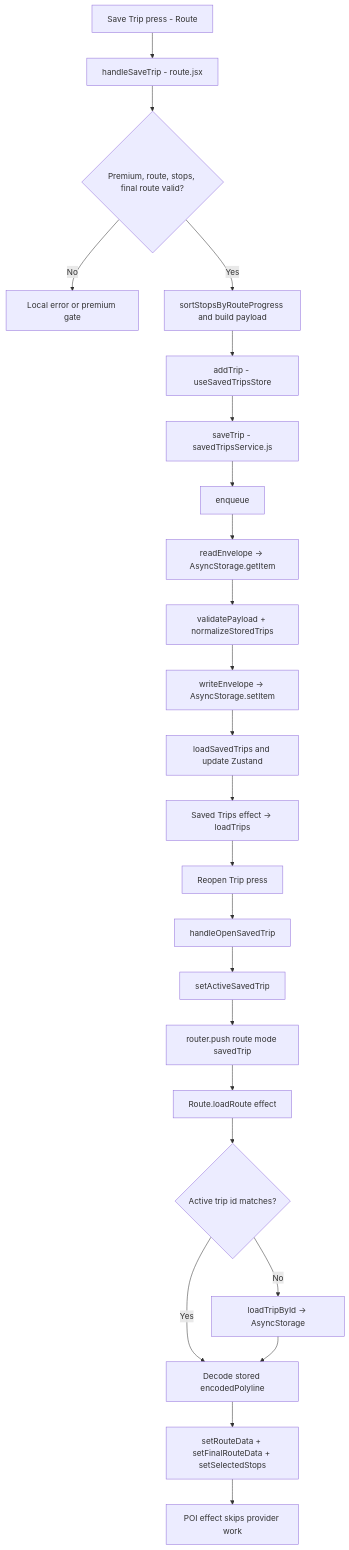
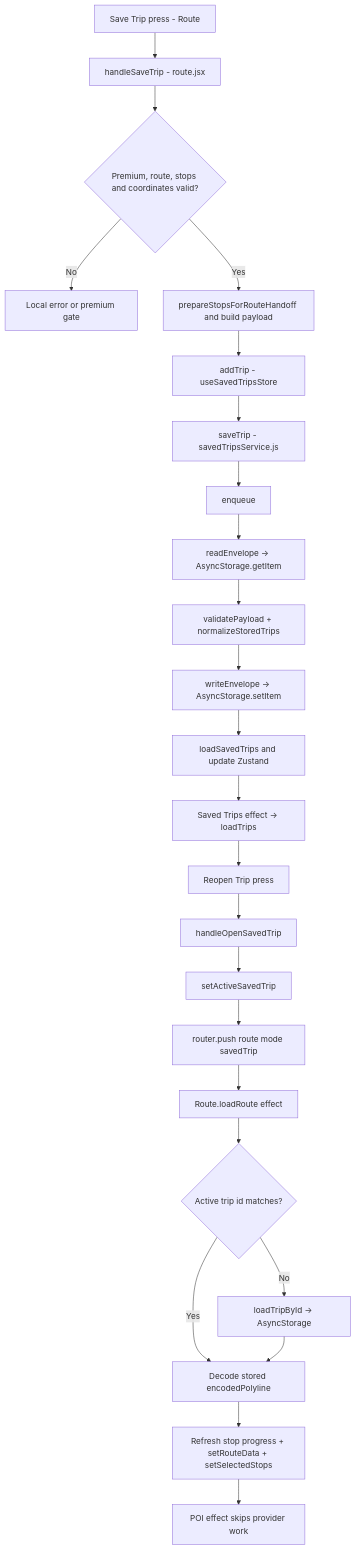
The sixth of 6 diagrams in FLOW.md (RJD72/wandernorth), drawn with Mermaid before and after one commit. The commit also changed other lines of this file and 20 other files, not shown here.

````diff
--- a/FLOW.md
+++ b/FLOW.md
@@ -233,26 +230,26 @@
 ```mermaid
 flowchart TD
   A["Save Trip press - Route"] --> B["handleSaveTrip - route.jsx"]
-  B --> C{"Premium, route, stops, final route valid?"}
+  B --> C{"Premium, route, stops and coordinates valid?"}
   C -- No --> D["Local error or premium gate"]
-  C -- Yes --> E["sortStopsByRouteProgress and build payload"]
+  C -- Yes --> E["prepareStopsForRouteHandoff and build payload"]
   E --> F["addTrip - useSavedTripsStore"]
   F --> G["saveTrip - savedTripsService.js"]
   G --> H["enqueue"]
   H --> I["readEnvelope -> AsyncStorage.getItem"]
   I --> J["validatePayload + normalizeStoredTrips"]
   J --> K["writeEnvelope -> AsyncStorage.setItem"]
   K --> L["loadSavedTrips and update Zustand"]
   L --> M["Saved Trips effect -> loadTrips"]
   M --> N["Reopen Trip press"]
   N --> O["handleOpenSavedTrip"]
   O --> P["setActiveSavedTrip"]
   P --> Q["router.push route mode savedTrip"]
   Q --> R["Route.loadRoute effect"]
   R --> S{"Active trip id matches?"}
   S -- No --> T["loadTripById -> AsyncStorage"]
   S -- Yes --> U["Decode stored encodedPolyline"]
   T --> U
-  U --> V["setRouteData + setFinalRouteData + setSelectedStops"]
+  U --> V["Refresh stop progress + setRouteData + setSelectedStops"]
   V --> W["POI effect skips provider work"]
 ```
````
